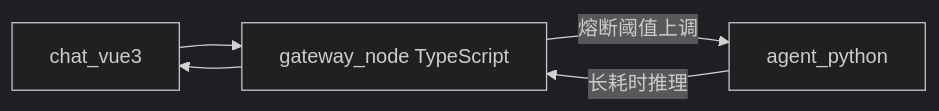
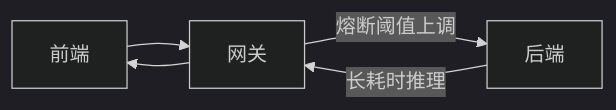
Before and after one commit to swipth/work-report: the fourth of 5 diagrams in reports/2026-06-02/index.md, drawn with Mermaid (dark theme). The commit also changed other lines of this file and 18 other files, not shown here.

````diff
--- a/reports/2026-06-02/index.md
+++ b/reports/2026-06-02/index.md
@@ -88,7 +88,7 @@
 ```mermaid
 flowchart LR
-    Client["chat_vue3"] --> GW["gateway_node TypeScript"]
-    GW -->|"熔断阈值上调"| Svc["agent_python"]
+    Client["前端"] --> GW["网关"]
+    GW -->|"熔断阈值上调"| Svc["后端"]
     Svc -->|"长耗时推理"| GW
     GW --> Client
 ```
````
